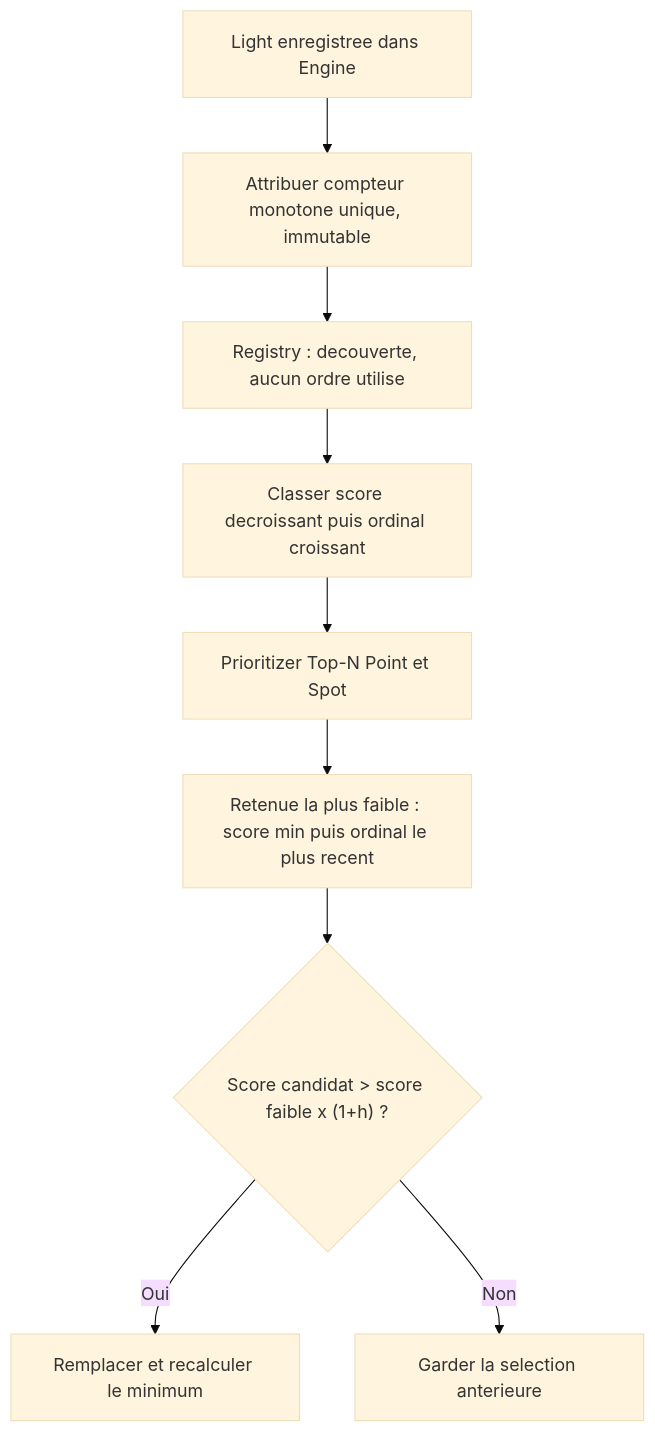
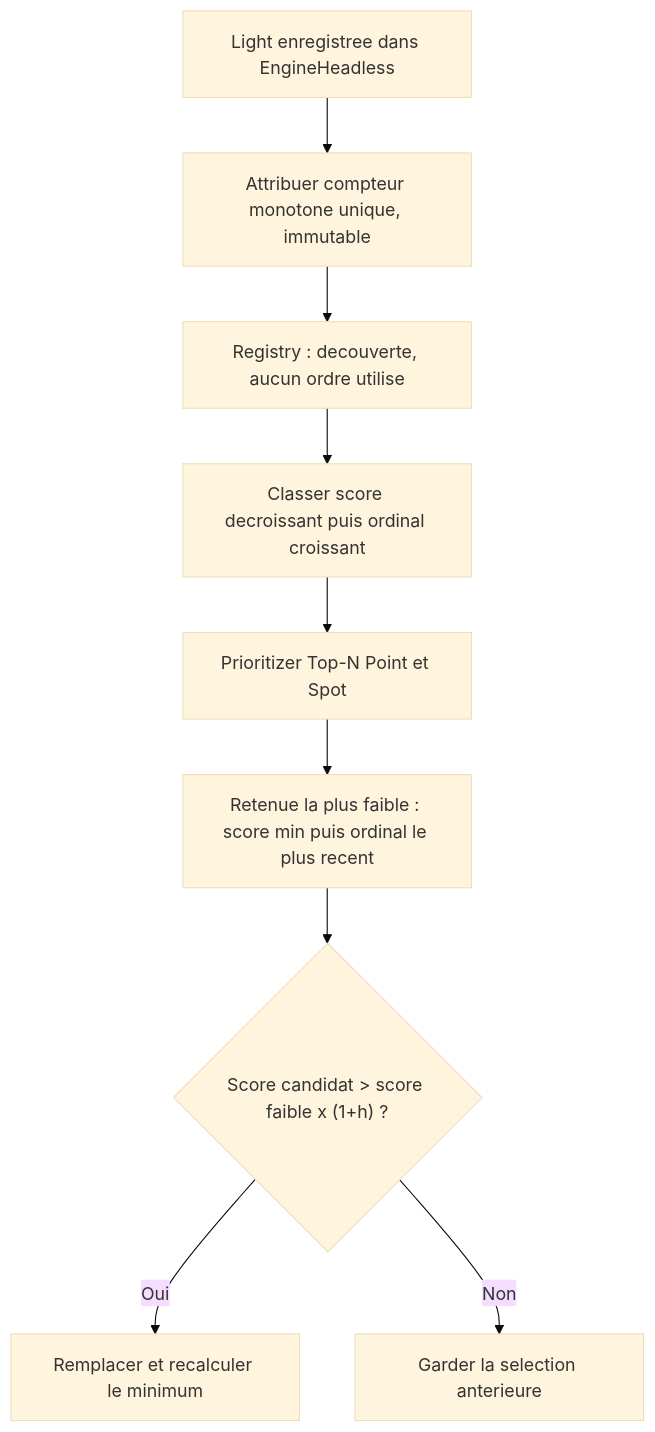
Diagram 11 of 20 in docs/voxel-engine-v0.1.4/08-lumieres-et-ombres.md (EreliaStudio/Sparkle), drawn with Mermaid (base theme) before and after one commit. The commit also changed other lines of this file and 46 other files, not shown here.

Commit message:
PR09: align Engine and EngineHeadless names with Model3D conventions

````diff
--- a/docs/voxel-engine-v0.1.4/08-lumieres-et-ombres.md
+++ b/docs/voxel-engine-v0.1.4/08-lumieres-et-ombres.md
@@ -406,11 +406,11 @@
 ```mermaid
 flowchart TD
-  Event["Light enregistree dans Engine"] --> Counter["Attribuer compteur monotone unique, immutable"]
+  Event["Light enregistree dans EngineHeadless"] --> Counter["Attribuer compteur monotone unique, immutable"]
   Counter --> Registry["Registry : decouverte, aucun ordre utilise"]
   Registry --> Sort["Classer score decroissant puis ordinal croissant"]
   Sort --> N["Prioritizer Top-N Point et Spot"]
   N --> Weak["Retenue la plus faible : score min puis ordinal le plus recent"]
   Weak --> Gate{"Score candidat > score faible x (1+h) ?"}
   Gate -->|"Oui"| Swap["Remplacer et recalculer le minimum"]
   Gate -->|"Non"| Keep["Garder la selection anterieure"]
 ```
````
